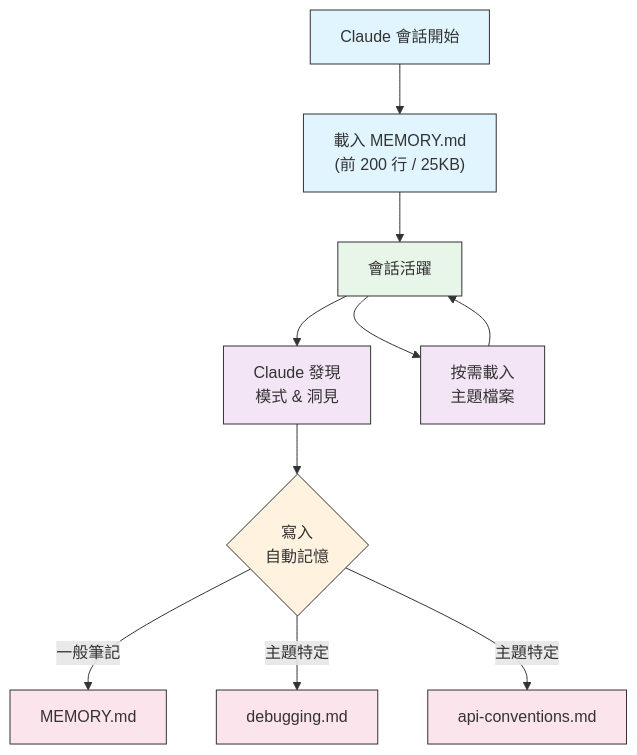
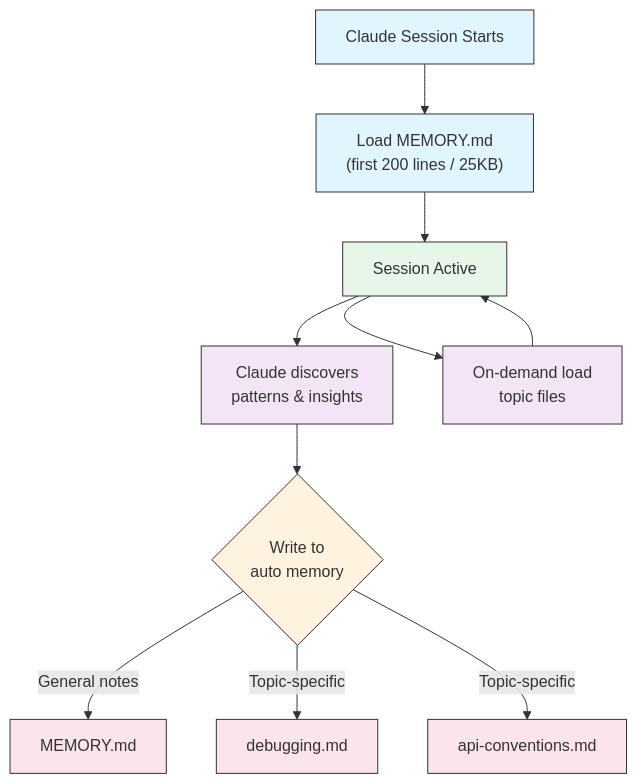
The fourth of 4 diagrams in 02-memory/README.md (huckly/claude-howto-zh-tw), drawn with Mermaid before and after one commit. The commit also changed other lines of this file, not shown here.

Commit message:
章節 02：Memory（記憶）— 同步 v2.1.110

````diff
--- a/02-memory/README.md
+++ b/02-memory/README.md
@@ -413,22 +423,22 @@
 ```mermaid
 graph TD
-    A["Claude 會話開始"] --> B["載入 MEMORY.md<br/>(前 200 行 / 25KB)"]
-    B --> C["會話活躍"]
-    C --> D["Claude 發現<br/>模式 & 洞見"]
-    D --> E{"寫入<br/>自動記憶"}
-    E -->|一般筆記| F["MEMORY.md"]
-    E -->|主題特定| G["debugging.md"]
-    E -->|主題特定| H["api-conventions.md"]
-    C --> I["按需載入<br/>主題檔案"]
+    A["Claude Session Starts"] --> B["Load MEMORY.md<br/>(first 200 lines / 25KB)"]
+    B --> C["Session Active"]
+    C --> D["Claude discovers<br/>patterns & insights"]
+    D --> E{"Write to<br/>auto memory"}
+    E -->|General notes| F["MEMORY.md"]
+    E -->|Topic-specific| G["debugging.md"]
+    E -->|Topic-specific| H["api-conventions.md"]
+    C --> I["On-demand load<br/>topic files"]
     I --> C
 
     style A fill:#e1f5fe,stroke:#333,color:#333
     style B fill:#e1f5fe,stroke:#333,color:#333
     style C fill:#e8f5e9,stroke:#333,color:#333
     style D fill:#f3e5f5,stroke:#333,color:#333
     style E fill:#fff3e0,stroke:#333,color:#333
     style F fill:#fce4ec,stroke:#333,color:#333
     style G fill:#fce4ec,stroke:#333,color:#333
     style H fill:#fce4ec,stroke:#333,color:#333
     style I fill:#f3e5f5,stroke:#333,color:#333
 ```
````
